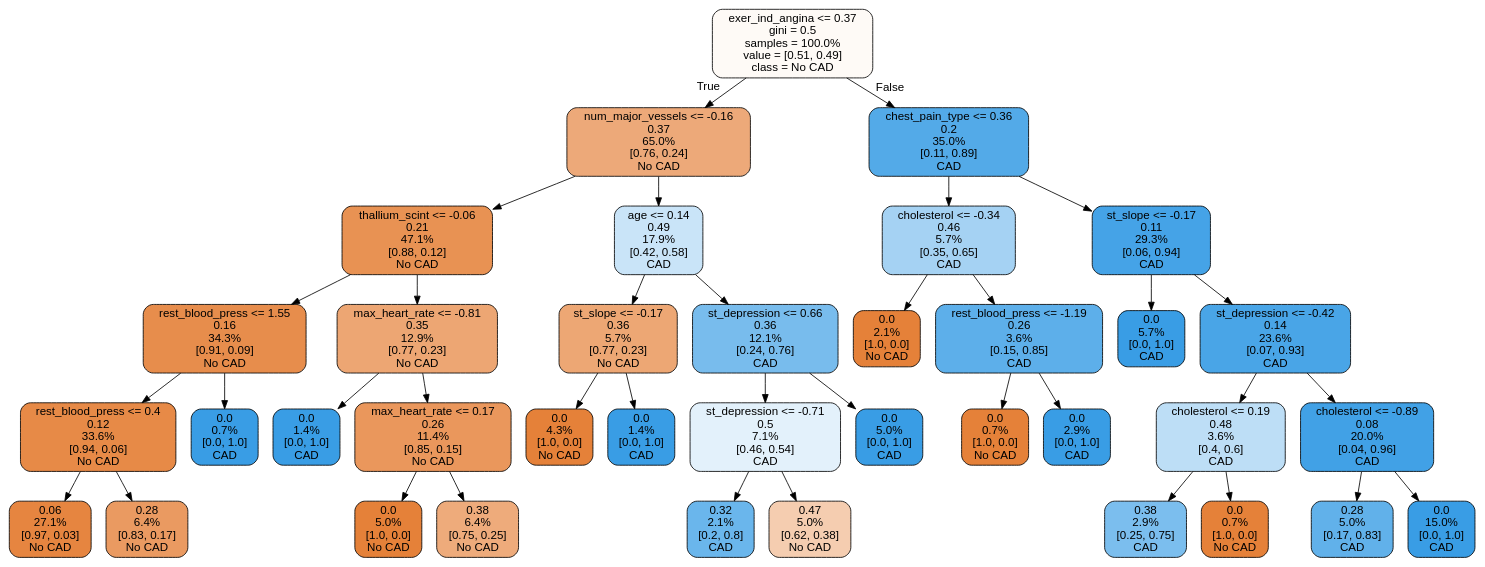
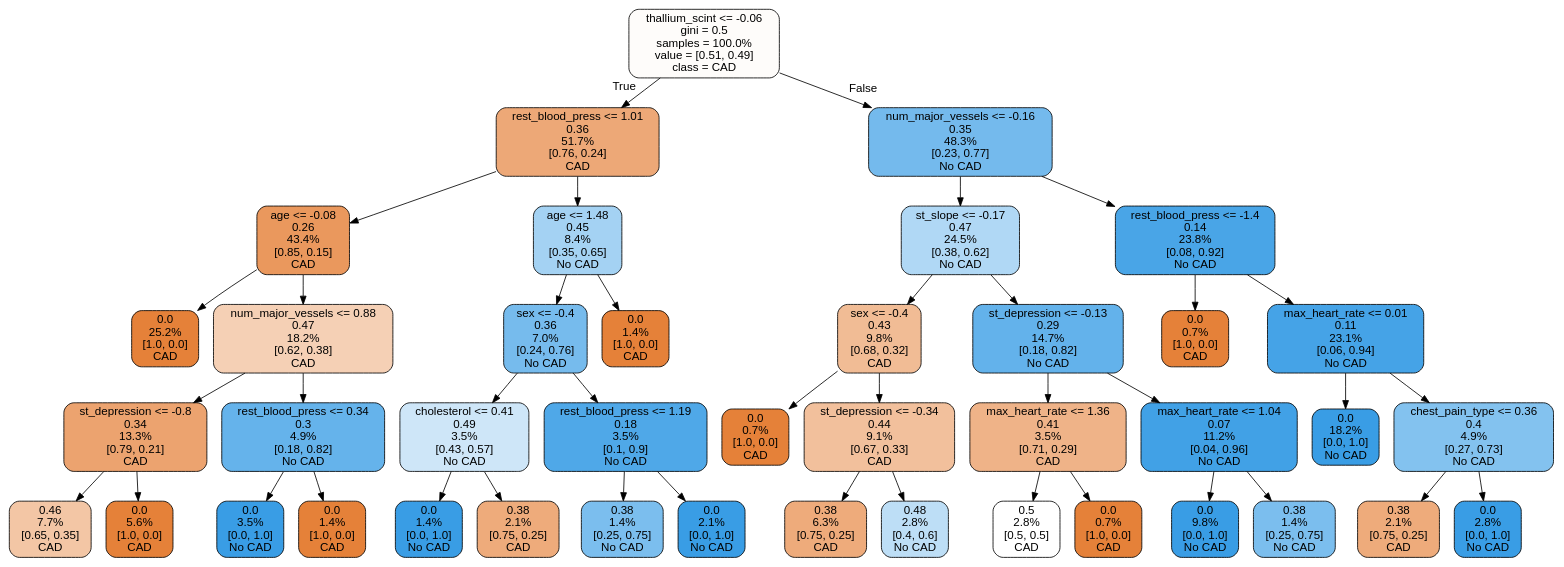
One commit to LourensWalters/cor_art_dis changed the diagram in cor_art_dis/notebooks/tree.dot. Above: the diagram before and after it, drawn with Graphviz. The commit also changed 2 other files, not shown here.

```diff
--- a/cor_art_dis/notebooks/tree.dot
+++ b/cor_art_dis/notebooks/tree.dot
@@ -1,77 +1,85 @@
 digraph Tree {
 node [shape=box, style="filled, rounded", color="black", fontname=helvetica] ;
 edge [fontname=helvetica] ;
-0 [label="exer_ind_angina <= 0.37\ngini = 0.5\nsamples = 100.0%\nvalue = [0.51, 0.49]\nclass = No CAD", fillcolor="#fefaf6"] ;
-1 [label="num_major_vessels <= -0.16\n0.37\n65.0%\n[0.76, 0.24]\nNo CAD", fillcolor="#eda979"] ;
+0 [label="thallium_scint <= -0.06\ngini = 0.5\nsamples = 100.0%\nvalue = [0.51, 0.49]\nclass = CAD", fillcolor="#fefcfa"] ;
+1 [label="rest_blood_press <= 1.01\n0.36\n51.7%\n[0.76, 0.24]\nCAD", fillcolor="#eda877"] ;
 0 -> 1 [labeldistance=2.5, labelangle=45, headlabel="True"] ;
-2 [label="thallium_scint <= -0.06\n0.21\n47.1%\n[0.88, 0.12]\nNo CAD", fillcolor="#e89253"] ;
+2 [label="age <= -0.08\n0.26\n43.4%\n[0.85, 0.15]\nCAD", fillcolor="#ea985d"] ;
 1 -> 2 ;
-3 [label="rest_blood_press <= 1.55\n0.16\n34.3%\n[0.91, 0.09]\nNo CAD", fillcolor="#e78d4c"] ;
+3 [label="0.0\n25.2%\n[1.0, 0.0]\nCAD", fillcolor="#e58139"] ;
 2 -> 3 ;
-4 [label="rest_blood_press <= 0.4\n0.12\n33.6%\n[0.94, 0.06]\nNo CAD", fillcolor="#e78a47"] ;
-3 -> 4 ;
-5 [label="0.06\n27.1%\n[0.97, 0.03]\nNo CAD", fillcolor="#e68540"] ;
+4 [label="num_major_vessels <= 0.88\n0.47\n18.2%\n[0.62, 0.38]\nCAD", fillcolor="#f5d0b5"] ;
+2 -> 4 ;
+5 [label="st_depression <= -0.8\n0.34\n13.3%\n[0.79, 0.21]\nCAD", fillcolor="#eca36f"] ;
 4 -> 5 ;
-6 [label="0.28\n6.4%\n[0.83, 0.17]\nNo CAD", fillcolor="#ea9a61"] ;
-4 -> 6 ;
-7 [label="0.0\n0.7%\n[0.0, 1.0]\nCAD", fillcolor="#399de5"] ;
-3 -> 7 ;
-8 [label="max_heart_rate <= -0.81\n0.35\n12.9%\n[0.77, 0.23]\nNo CAD", fillcolor="#eda673"] ;
-2 -> 8 ;
-9 [label="0.0\n1.4%\n[0.0, 1.0]\nCAD", fillcolor="#399de5"] ;
+6 [label="0.46\n7.7%\n[0.65, 0.35]\nCAD", fillcolor="#f3c6a5"] ;
+5 -> 6 ;
+7 [label="0.0\n5.6%\n[1.0, 0.0]\nCAD", fillcolor="#e58139"] ;
+5 -> 7 ;
+8 [label="rest_blood_press <= 0.34\n0.3\n4.9%\n[0.18, 0.82]\nNo CAD", fillcolor="#65b3eb"] ;
+4 -> 8 ;
+9 [label="0.0\n3.5%\n[0.0, 1.0]\nNo CAD", fillcolor="#399de5"] ;
 8 -> 9 ;
-10 [label="max_heart_rate <= 0.17\n0.26\n11.4%\n[0.85, 0.15]\nNo CAD", fillcolor="#ea975c"] ;
+10 [label="0.0\n1.4%\n[1.0, 0.0]\nCAD", fillcolor="#e58139"] ;
 8 -> 10 ;
-11 [label="0.0\n5.0%\n[1.0, 0.0]\nNo CAD", fillcolor="#e58139"] ;
-10 -> 11 ;
-12 [label="0.38\n6.4%\n[0.75, 0.25]\nNo CAD", fillcolor="#eeab7b"] ;
-10 -> 12 ;
-13 [label="age <= 0.14\n0.49\n17.9%\n[0.42, 0.58]\nCAD", fillcolor="#c9e4f8"] ;
-1 -> 13 ;
-14 [label="st_slope <= -0.17\n0.36\n5.7%\n[0.77, 0.23]\nNo CAD", fillcolor="#eda774"] ;
+11 [label="age <= 1.48\n0.45\n8.4%\n[0.35, 0.65]\nNo CAD", fillcolor="#a4d2f3"] ;
+1 -> 11 ;
+12 [label="sex <= -0.4\n0.36\n7.0%\n[0.24, 0.76]\nNo CAD", fillcolor="#76bbed"] ;
+11 -> 12 ;
+13 [label="cholesterol <= 0.41\n0.49\n3.5%\n[0.43, 0.57]\nNo CAD", fillcolor="#cee6f8"] ;
+12 -> 13 ;
+14 [label="0.0\n1.4%\n[0.0, 1.0]\nNo CAD", fillcolor="#399de5"] ;
 13 -> 14 ;
-15 [label="0.0\n4.3%\n[1.0, 0.0]\nNo CAD", fillcolor="#e58139"] ;
-14 -> 15 ;
-16 [label="0.0\n1.4%\n[0.0, 1.0]\nCAD", fillcolor="#399de5"] ;
-14 -> 16 ;
-17 [label="st_depression <= 0.66\n0.36\n12.1%\n[0.24, 0.76]\nCAD", fillcolor="#78bced"] ;
-13 -> 17 ;
-18 [label="st_depression <= -0.71\n0.5\n7.1%\n[0.46, 0.54]\nCAD", fillcolor="#e3f1fb"] ;
-17 -> 18 ;
-19 [label="0.32\n2.1%\n[0.2, 0.8]\nCAD", fillcolor="#6ab6ec"] ;
-18 -> 19 ;
-20 [label="0.47\n5.0%\n[0.62, 0.38]\nNo CAD", fillcolor="#f5cdb0"] ;
-18 -> 20 ;
-21 [label="0.0\n5.0%\n[0.0, 1.0]\nCAD", fillcolor="#399de5"] ;
-17 -> 21 ;
-22 [label="chest_pain_type <= 0.36\n0.2\n35.0%\n[0.11, 0.89]\nCAD", fillcolor="#53aae8"] ;
-0 -> 22 [labeldistance=2.5, labelangle=-45, headlabel="False"] ;
-23 [label="cholesterol <= -0.34\n0.46\n5.7%\n[0.35, 0.65]\nCAD", fillcolor="#a5d2f3"] ;
+15 [label="0.38\n2.1%\n[0.75, 0.25]\nCAD", fillcolor="#eeab7b"] ;
+13 -> 15 ;
+16 [label="rest_blood_press <= 1.19\n0.18\n3.5%\n[0.1, 0.9]\nNo CAD", fillcolor="#4fa8e8"] ;
+12 -> 16 ;
+17 [label="0.38\n1.4%\n[0.25, 0.75]\nNo CAD", fillcolor="#7bbeee"] ;
+16 -> 17 ;
+18 [label="0.0\n2.1%\n[0.0, 1.0]\nNo CAD", fillcolor="#399de5"] ;
+16 -> 18 ;
+19 [label="0.0\n1.4%\n[1.0, 0.0]\nCAD", fillcolor="#e58139"] ;
+11 -> 19 ;
+20 [label="num_major_vessels <= -0.16\n0.35\n48.3%\n[0.23, 0.77]\nNo CAD", fillcolor="#74baed"] ;
+0 -> 20 [labeldistance=2.5, labelangle=-45, headlabel="False"] ;
+21 [label="st_slope <= -0.17\n0.47\n24.5%\n[0.38, 0.62]\nNo CAD", fillcolor="#b0d8f5"] ;
+20 -> 21 ;
+22 [label="sex <= -0.4\n0.43\n9.8%\n[0.68, 0.32]\nCAD", fillcolor="#f1bc95"] ;
+21 -> 22 ;
+23 [label="0.0\n0.7%\n[1.0, 0.0]\nCAD", fillcolor="#e58139"] ;
 22 -> 23 ;
-24 [label="0.0\n2.1%\n[1.0, 0.0]\nNo CAD", fillcolor="#e58139"] ;
-23 -> 24 ;
-25 [label="rest_blood_press <= -1.19\n0.26\n3.6%\n[0.15, 0.85]\nCAD", fillcolor="#5dafea"] ;
-23 -> 25 ;
-26 [label="0.0\n0.7%\n[1.0, 0.0]\nNo CAD", fillcolor="#e58139"] ;
-25 -> 26 ;
-27 [label="0.0\n2.9%\n[0.0, 1.0]\nCAD", fillcolor="#399de5"] ;
-25 -> 27 ;
-28 [label="st_slope <= -0.17\n0.11\n29.3%\n[0.06, 0.94]\nCAD", fillcolor="#45a3e7"] ;
-22 -> 28 ;
-29 [label="0.0\n5.7%\n[0.0, 1.0]\nCAD", fillcolor="#399de5"] ;
+24 [label="st_depression <= -0.34\n0.44\n9.1%\n[0.67, 0.33]\nCAD", fillcolor="#f2c09c"] ;
+22 -> 24 ;
+25 [label="0.38\n6.3%\n[0.75, 0.25]\nCAD", fillcolor="#eeab7b"] ;
+24 -> 25 ;
+26 [label="0.48\n2.8%\n[0.4, 0.6]\nNo CAD", fillcolor="#bddef6"] ;
+24 -> 26 ;
+27 [label="st_depression <= -0.13\n0.29\n14.7%\n[0.18, 0.82]\nNo CAD", fillcolor="#63b2eb"] ;
+21 -> 27 ;
+28 [label="max_heart_rate <= 1.36\n0.41\n3.5%\n[0.71, 0.29]\nCAD", fillcolor="#efb388"] ;
+27 -> 28 ;
+29 [label="0.5\n2.8%\n[0.5, 0.5]\nCAD", fillcolor="#ffffff"] ;
 28 -> 29 ;
-30 [label="st_depression <= -0.42\n0.14\n23.6%\n[0.07, 0.93]\nCAD", fillcolor="#49a5e7"] ;
+30 [label="0.0\n0.7%\n[1.0, 0.0]\nCAD", fillcolor="#e58139"] ;
 28 -> 30 ;
-31 [label="cholesterol <= 0.19\n0.48\n3.6%\n[0.4, 0.6]\nCAD", fillcolor="#bddef6"] ;
-30 -> 31 ;
-32 [label="0.38\n2.9%\n[0.25, 0.75]\nCAD", fillcolor="#7bbeee"] ;
+31 [label="max_heart_rate <= 1.04\n0.07\n11.2%\n[0.04, 0.96]\nNo CAD", fillcolor="#41a1e6"] ;
+27 -> 31 ;
+32 [label="0.0\n9.8%\n[0.0, 1.0]\nNo CAD", fillcolor="#399de5"] ;
 31 -> 32 ;
-33 [label="0.0\n0.7%\n[1.0, 0.0]\nNo CAD", fillcolor="#e58139"] ;
+33 [label="0.38\n1.4%\n[0.25, 0.75]\nNo CAD", fillcolor="#7bbeee"] ;
 31 -> 33 ;
-34 [label="cholesterol <= -0.89\n0.08\n20.0%\n[0.04, 0.96]\nCAD", fillcolor="#41a1e6"] ;
-30 -> 34 ;
-35 [label="0.28\n5.0%\n[0.17, 0.83]\nCAD", fillcolor="#61b1ea"] ;
+34 [label="rest_blood_press <= -1.4\n0.14\n23.8%\n[0.08, 0.92]\nNo CAD", fillcolor="#49a5e7"] ;
+20 -> 34 ;
+35 [label="0.0\n0.7%\n[1.0, 0.0]\nCAD", fillcolor="#e58139"] ;
 34 -> 35 ;
-36 [label="0.0\n15.0%\n[0.0, 1.0]\nCAD", fillcolor="#399de5"] ;
+36 [label="max_heart_rate <= 0.01\n0.11\n23.1%\n[0.06, 0.94]\nNo CAD", fillcolor="#45a3e7"] ;
 34 -> 36 ;
+37 [label="0.0\n18.2%\n[0.0, 1.0]\nNo CAD", fillcolor="#399de5"] ;
+36 -> 37 ;
+38 [label="chest_pain_type <= 0.36\n0.4\n4.9%\n[0.27, 0.73]\nNo CAD", fillcolor="#83c2ef"] ;
+36 -> 38 ;
+39 [label="0.38\n2.1%\n[0.75, 0.25]\nCAD", fillcolor="#eeab7b"] ;
+38 -> 39 ;
+40 [label="0.0\n2.8%\n[0.0, 1.0]\nNo CAD", fillcolor="#399de5"] ;
+38 -> 40 ;
 }
```
